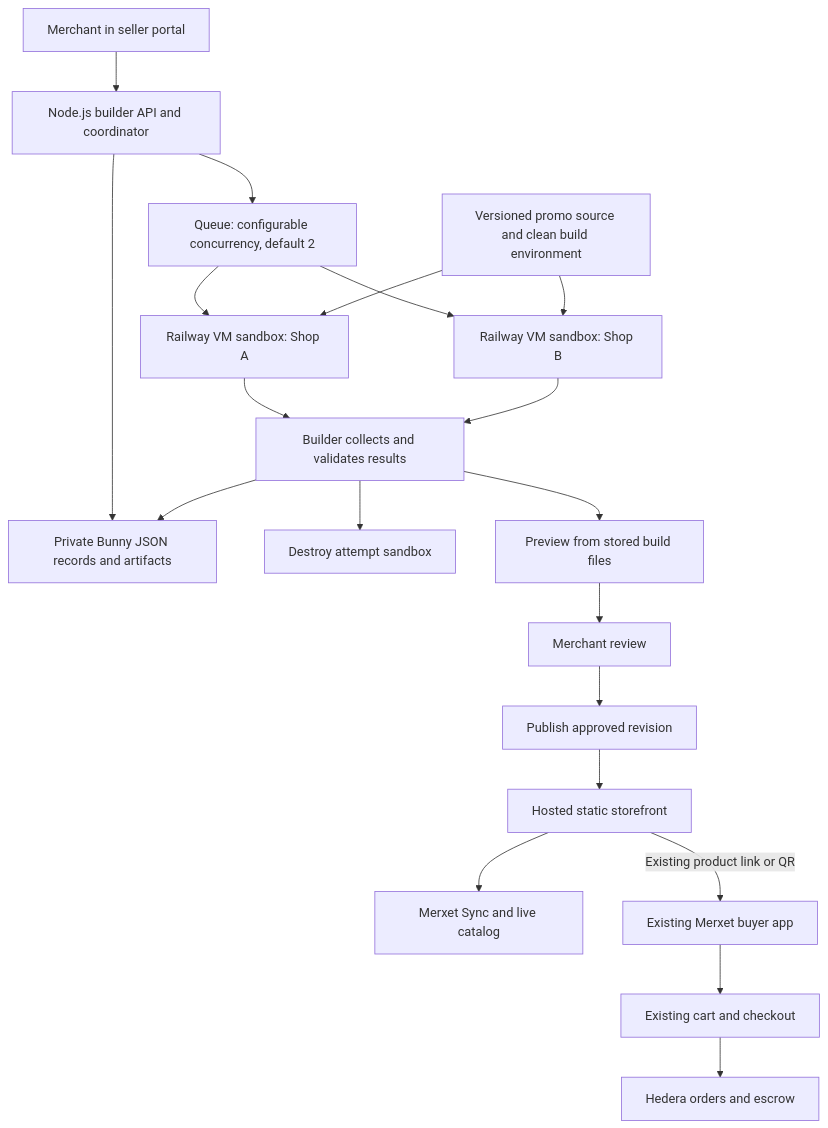
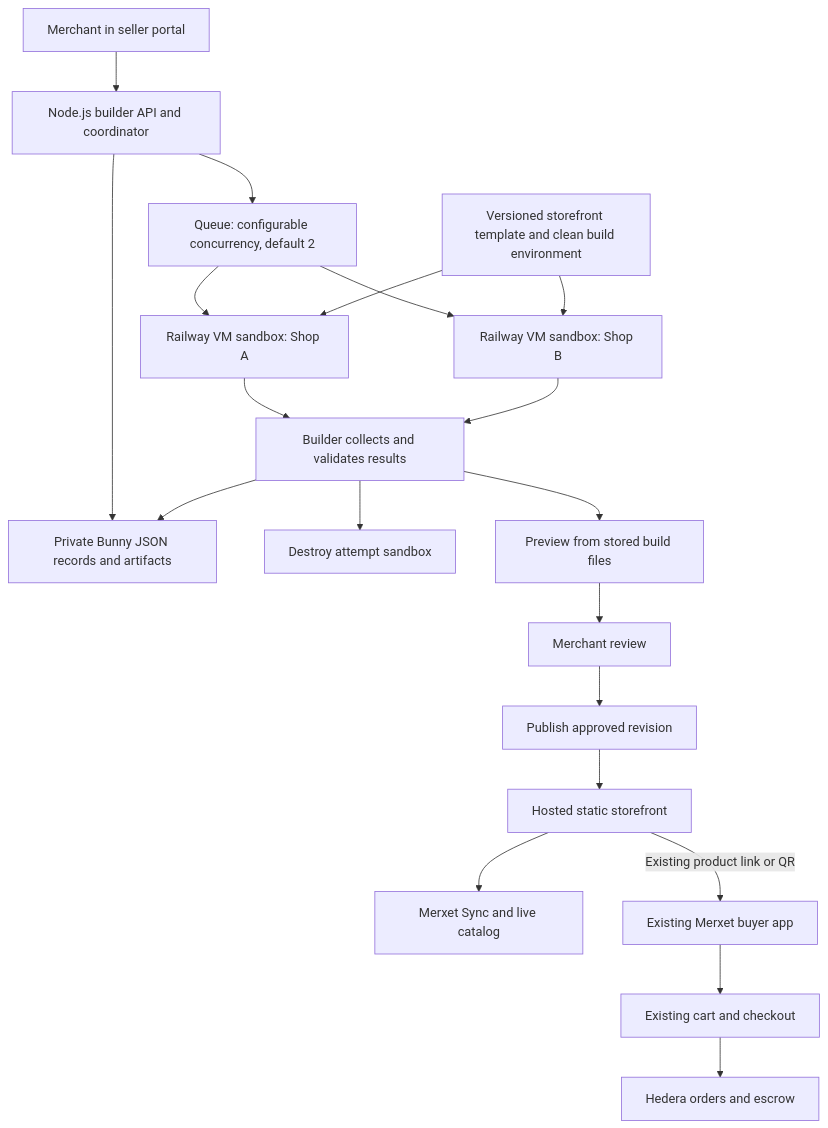
Before and after one commit to landofcash/merxet: the diagram in MERXET_STOREFRONTS_IMPLEMENTATION_OVERVIEW.md, drawn with Mermaid. The commit also changed other lines of this file and 73 other files, not shown here.

````diff
--- a/MERXET_STOREFRONTS_IMPLEMENTATION_OVERVIEW.md
+++ b/MERXET_STOREFRONTS_IMPLEMENTATION_OVERVIEW.md
@@ -36,22 +36,22 @@
 ```mermaid
 flowchart TD
     Seller[Merchant in seller portal] --> Builder[Node.js builder API and coordinator]
     Builder --> Records[Private Bunny JSON records and artifacts]
     Builder --> Queue[Queue: configurable concurrency, default 2]
     Queue --> SandboxA[Railway VM sandbox: Shop A]
     Queue --> SandboxB[Railway VM sandbox: Shop B]
-    Promo[Versioned promo source and clean build environment] --> SandboxA
-    Promo --> SandboxB
+    Template[Versioned storefront template and clean build environment] --> SandboxA
+    Template --> SandboxB
     SandboxA --> Collect[Builder collects and validates results]
     SandboxB --> Collect
     Collect --> Records
     Collect --> Cleanup[Destroy attempt sandbox]
     Collect --> Preview[Preview from stored build files]
     Preview --> Review[Merchant review]
     Review --> Publish[Publish approved revision]
     Publish --> Shop[Hosted static storefront]
     Shop --> Sync[Merxet Sync and live catalog]
     Shop -->|Existing product link or QR| Buyer[Existing Merxet buyer app]
     Buyer --> Cart[Existing cart and checkout]
     Cart --> Hedera[Hedera orders and escrow]
 ```
````
